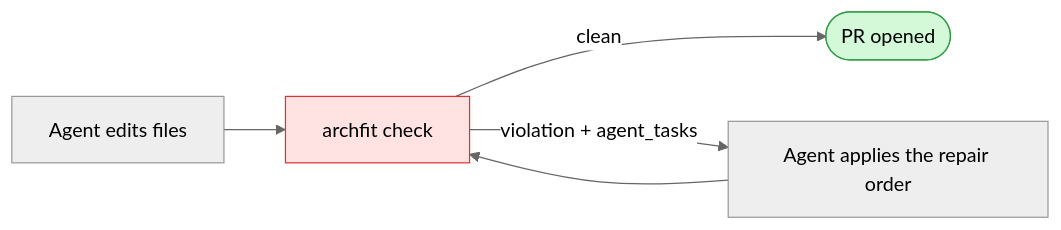
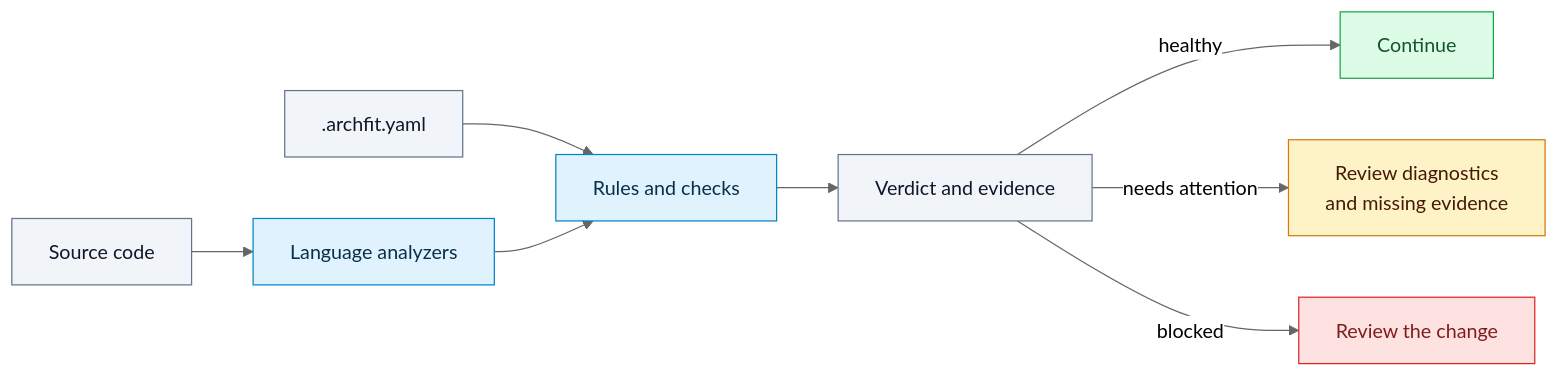
The diagram in README.md (alexei-led/archfit), drawn with Mermaid (neutral theme) before and after one commit. The commit also changed other lines of this file and 298 other files, not shown here.

````diff
--- a/README.md
+++ b/README.md
@@ -107,11 +25,21 @@
 ```mermaid
 flowchart LR
-    A[Agent edits files] --> C["archfit check"]
-    C -->|clean| P([PR opened])
-    C -->|violation + agent_tasks| R[Agent applies the repair order]
-    R --> C
-    classDef ok fill:#d3f9d8,stroke:#2f9e44,color:#000;
-    classDef gate fill:#ffe3e3,stroke:#e03131,color:#000;
-    class P ok;
-    class C gate;
+    S[Source code] --> A[Language analyzers]
+    C[.archfit.yaml] --> G[Rules and checks]
+    A --> G
+    G --> R[Verdict and evidence]
+    R -->|healthy| H[Continue]
+    R -->|needs attention| E[Review diagnostics<br/>and missing evidence]
+    R -->|blocked| F[Review the change]
+
+    classDef process fill:#e0f2fe,stroke:#0284c7,color:#082f49
+    classDef neutral fill:#f1f5f9,stroke:#64748b,color:#0f172a
+    classDef healthy fill:#dcfce7,stroke:#16a34a,color:#14532d
+    classDef attention fill:#fef3c7,stroke:#d97706,color:#451a03
+    classDef blocked fill:#fee2e2,stroke:#dc2626,color:#7f1d1d
+    class A,G process
+    class S,C,R neutral
+    class H healthy
+    class E attention
+    class F blocked
 ```
````
